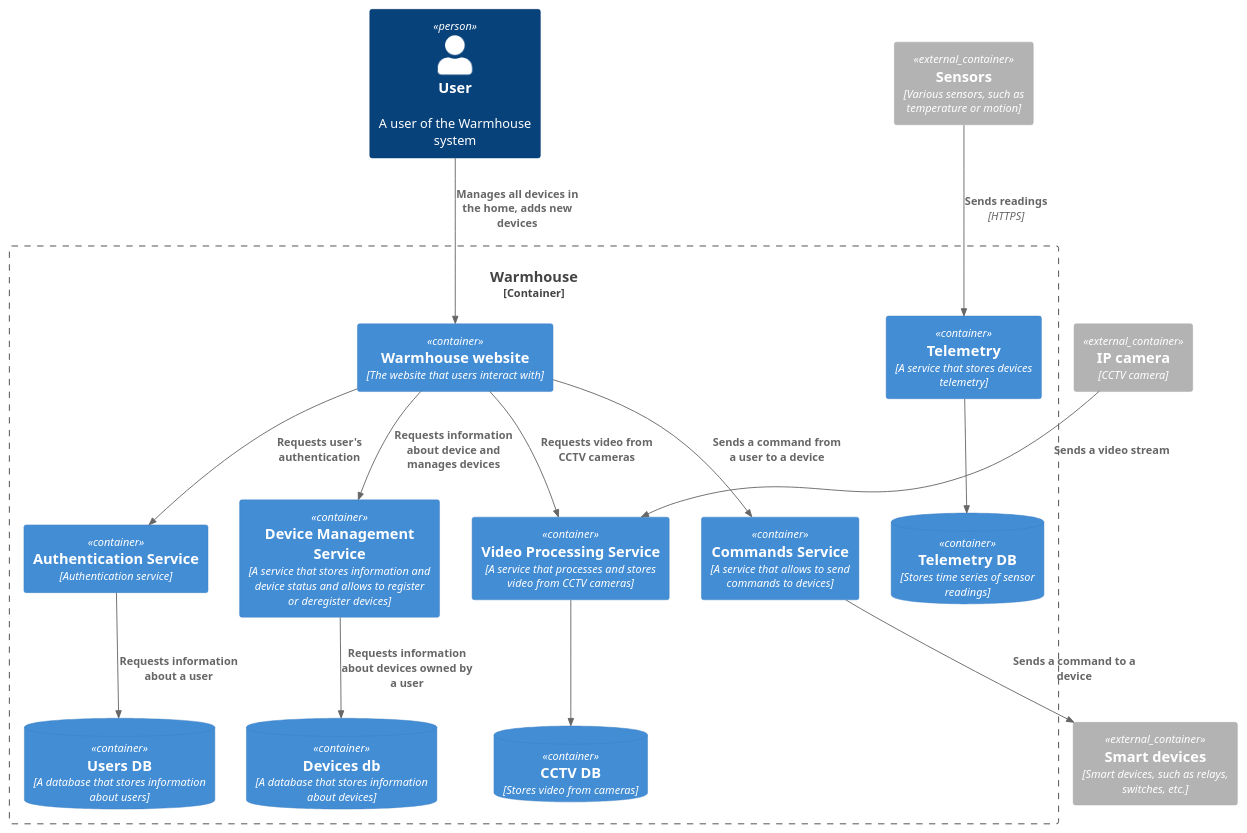
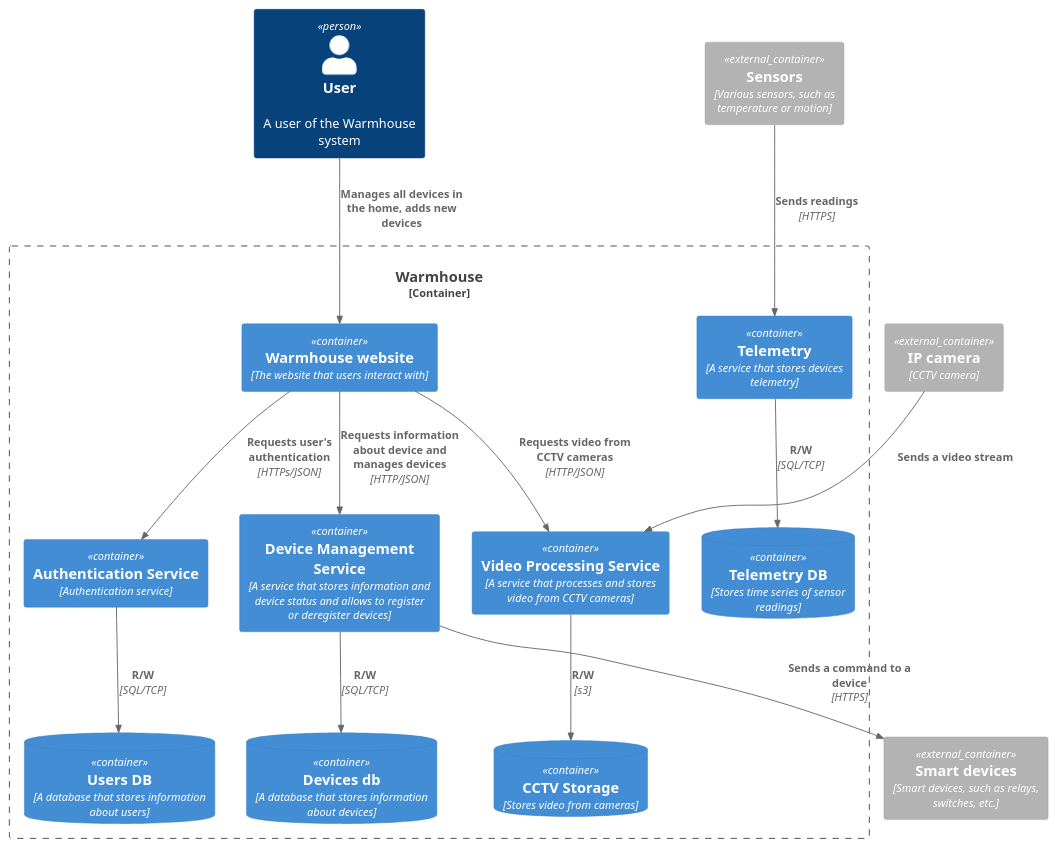
Before and after one commit to afjord/architecture-pro-warmhouse: the diagram in docs/architecture/container.puml, drawn with PlantUML. The commit also changed 2 other files, not shown here.

Commit message:
Update Containers diagram, add it to README.md

```diff
--- a/docs/architecture/container.puml
+++ b/docs/architecture/container.puml
@@ -1,42 +1,39 @@
 @startuml
 
 !include C4_Container.puml
 
 Person(user, "User", "A user of the Warmhouse system")
 Container_Ext(device, "Smart devices", "Smart devices, such as relays, switches, etc.")
 Container_Ext(sensor, "Sensors", "Various sensors, such as temperature or motion")
 Container_Ext(ip_camera, "IP camera", "CCTV camera")
 
 Container_Boundary(warmhouse_system, "Warmhouse") {
     Container(web_app, "Warmhouse website", "The website that users interact with")
 
     Container(devices_management, "Device Management Service", "A service that stores information and device status and allows to register or deregister devices")
     ContainerDb(devices_db, "Devices db", "A database that stores information about devices")
 
     Container(auth_service, "Authentication Service", "Authentication service")
     ContainerDb(users_db, "Users DB", "A database that stores information about users")
 
-    Container(commands, "Commands Service", "A service that allows to send commands to devices")
-
     Container(telemetry, "Telemetry", "A service that stores devices telemetry")
     ContainerDb(telemetry_db, "Telemetry DB", "Stores time series of sensor readings")
 
     Container(video_service, "Video Processing Service", "A service that processes and stores video from CCTV cameras")
-    ContainerDb(video_db, "CCTV DB", "Stores video from cameras")
+    ContainerDb(video_db, "CCTV Storage", "Stores video from cameras")
 
-    Rel(auth_service,users_db,"Requests information about a user")
-    Rel(commands,device,"Sends a command to a device")
-    Rel(devices_management,devices_db,"Requests information about devices owned by a user")
-    Rel(web_app,auth_service,"Requests user's authentication")
-    Rel(web_app,commands,"Sends a command from a user to a device")
-    Rel(web_app,devices_management,"Requests information about device and manages devices")
-    Rel(telemetry,telemetry_db, "")
+    Rel(auth_service,users_db,"R/W", "SQL/TCP")
+    Rel(devices_management,device,"Sends a command to a device", HTTPS)
+    Rel(devices_management,devices_db,"R/W", "SQL/TCP")
+    Rel(ip_camera,video_service, "Sends a video stream")
     Rel(sensor,telemetry, "Sends readings", HTTPS)
-    Rel(ip_camera,video_service, "Sends a video stream")
-    Rel(video_service,video_db, "")
-    Rel(web_app,video_service, "Requests video from CCTV cameras")
+    Rel(telemetry,telemetry_db, "R/W", "SQL/TCP")
+    Rel(video_service,video_db, "R/W", s3)
+    Rel(web_app,auth_service,"Requests user's authentication", "HTTPs/JSON")
+    Rel(web_app,devices_management,"Requests information about device and manages devices", "HTTP/JSON")
+    Rel(web_app,video_service, "Requests video from CCTV cameras", "HTTP/JSON")
 }
 
 Rel(user,web_app,"Manages all devices in the home, adds new devices")
 
 @enduml
```
